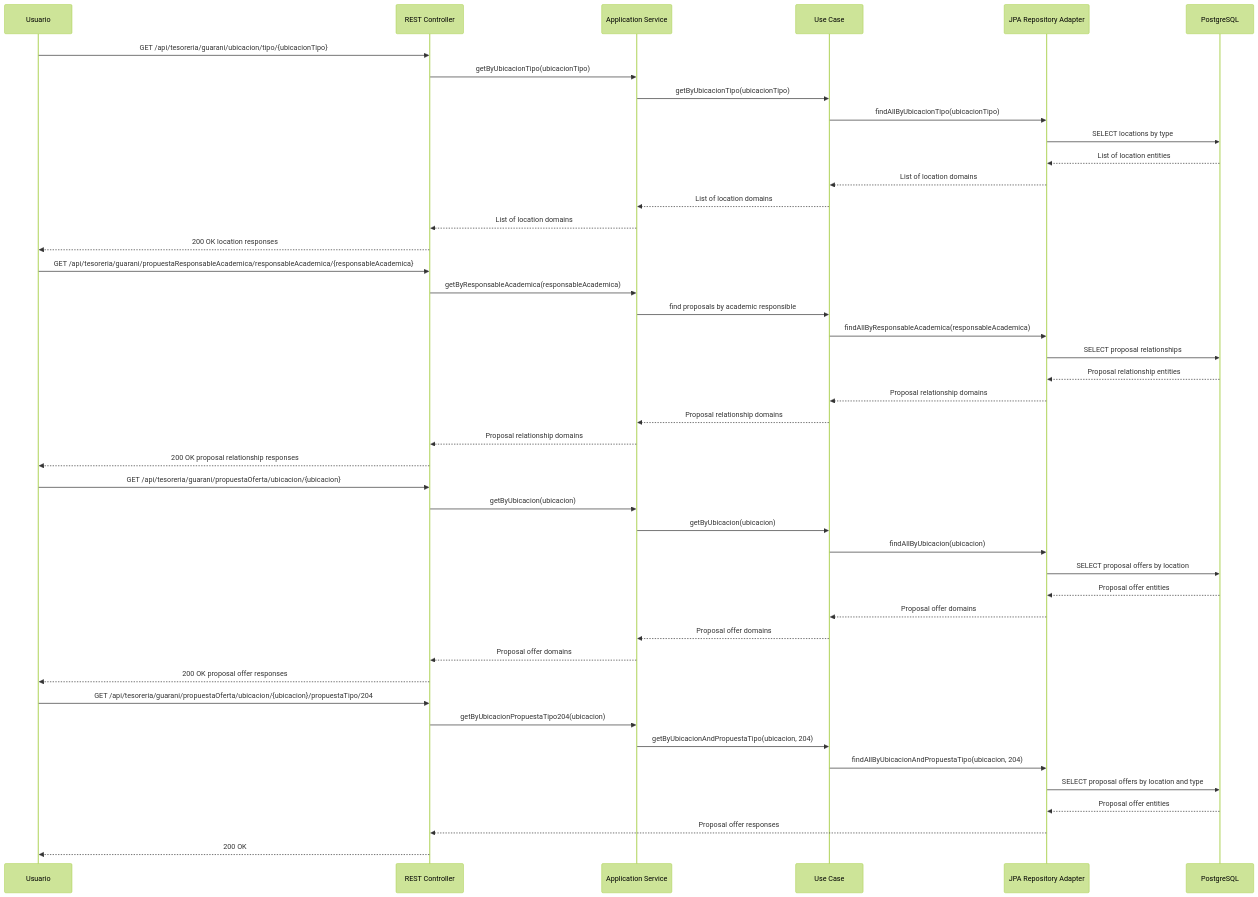
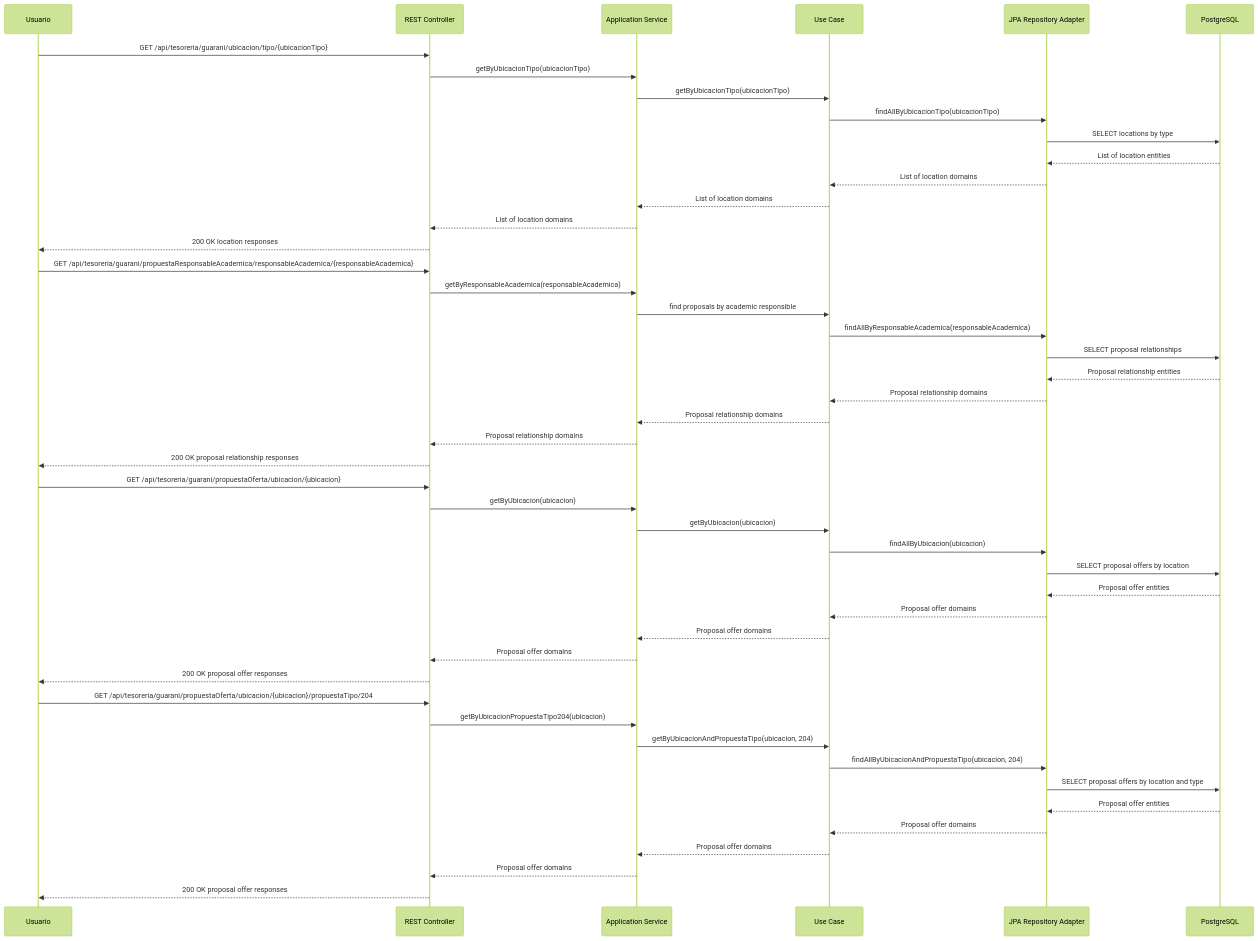
The diagram in docs/diagrams/academic-proposal-endpoints.mmd (UM-services/UM.tesoreria.guarani-service), drawn with Mermaid (forest theme) before and after one commit. The commit also changed 5 other files, not shown here.

```diff
--- a/docs/diagrams/academic-proposal-endpoints.mmd
+++ b/docs/diagrams/academic-proposal-endpoints.mmd
@@ -1,49 +1,51 @@
 sequenceDiagram
     participant User as Usuario
     participant REST as REST Controller
     participant Service as Application Service
     participant UseCase as Use Case
     participant JPA as JPA Repository Adapter
     participant DB as PostgreSQL
 
     User->>REST: GET /api/tesoreria/guarani/ubicacion/tipo/{ubicacionTipo}
     REST->>Service: getByUbicacionTipo(ubicacionTipo)
     Service->>UseCase: getByUbicacionTipo(ubicacionTipo)
     UseCase->>JPA: findAllByUbicacionTipo(ubicacionTipo)
     JPA->>DB: SELECT locations by type
     DB-->>JPA: List of location entities
     JPA-->>UseCase: List of location domains
     UseCase-->>Service: List of location domains
     Service-->>REST: List of location domains
     REST-->>User: 200 OK location responses
 
     User->>REST: GET /api/tesoreria/guarani/propuestaResponsableAcademica/responsableAcademica/{responsableAcademica}
     REST->>Service: getByResponsableAcademica(responsableAcademica)
     Service->>UseCase: find proposals by academic responsible
     UseCase->>JPA: findAllByResponsableAcademica(responsableAcademica)
     JPA->>DB: SELECT proposal relationships
     DB-->>JPA: Proposal relationship entities
     JPA-->>UseCase: Proposal relationship domains
     UseCase-->>Service: Proposal relationship domains
     Service-->>REST: Proposal relationship domains
     REST-->>User: 200 OK proposal relationship responses
 
     User->>REST: GET /api/tesoreria/guarani/propuestaOferta/ubicacion/{ubicacion}
     REST->>Service: getByUbicacion(ubicacion)
     Service->>UseCase: getByUbicacion(ubicacion)
     UseCase->>JPA: findAllByUbicacion(ubicacion)
     JPA->>DB: SELECT proposal offers by location
     DB-->>JPA: Proposal offer entities
     JPA-->>UseCase: Proposal offer domains
     UseCase-->>Service: Proposal offer domains
     Service-->>REST: Proposal offer domains
     REST-->>User: 200 OK proposal offer responses
 
     User->>REST: GET /api/tesoreria/guarani/propuestaOferta/ubicacion/{ubicacion}/propuestaTipo/204
     REST->>Service: getByUbicacionPropuestaTipo204(ubicacion)
     Service->>UseCase: getByUbicacionAndPropuestaTipo(ubicacion, 204)
     UseCase->>JPA: findAllByUbicacionAndPropuestaTipo(ubicacion, 204)
     JPA->>DB: SELECT proposal offers by location and type
     DB-->>JPA: Proposal offer entities
-    JPA-->>REST: Proposal offer responses
-    REST-->>User: 200 OK
+    JPA-->>UseCase: Proposal offer domains
+    UseCase-->>Service: Proposal offer domains
+    Service-->>REST: Proposal offer domains
+    REST-->>User: 200 OK proposal offer responses
```
